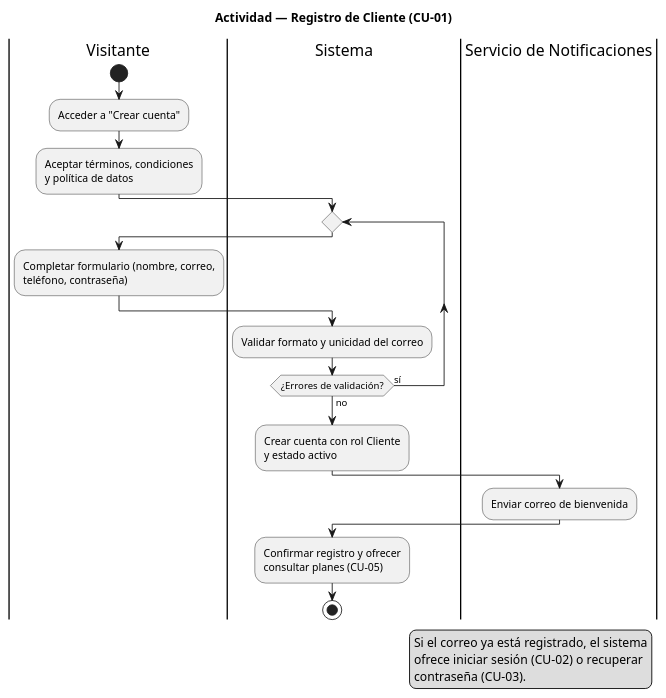
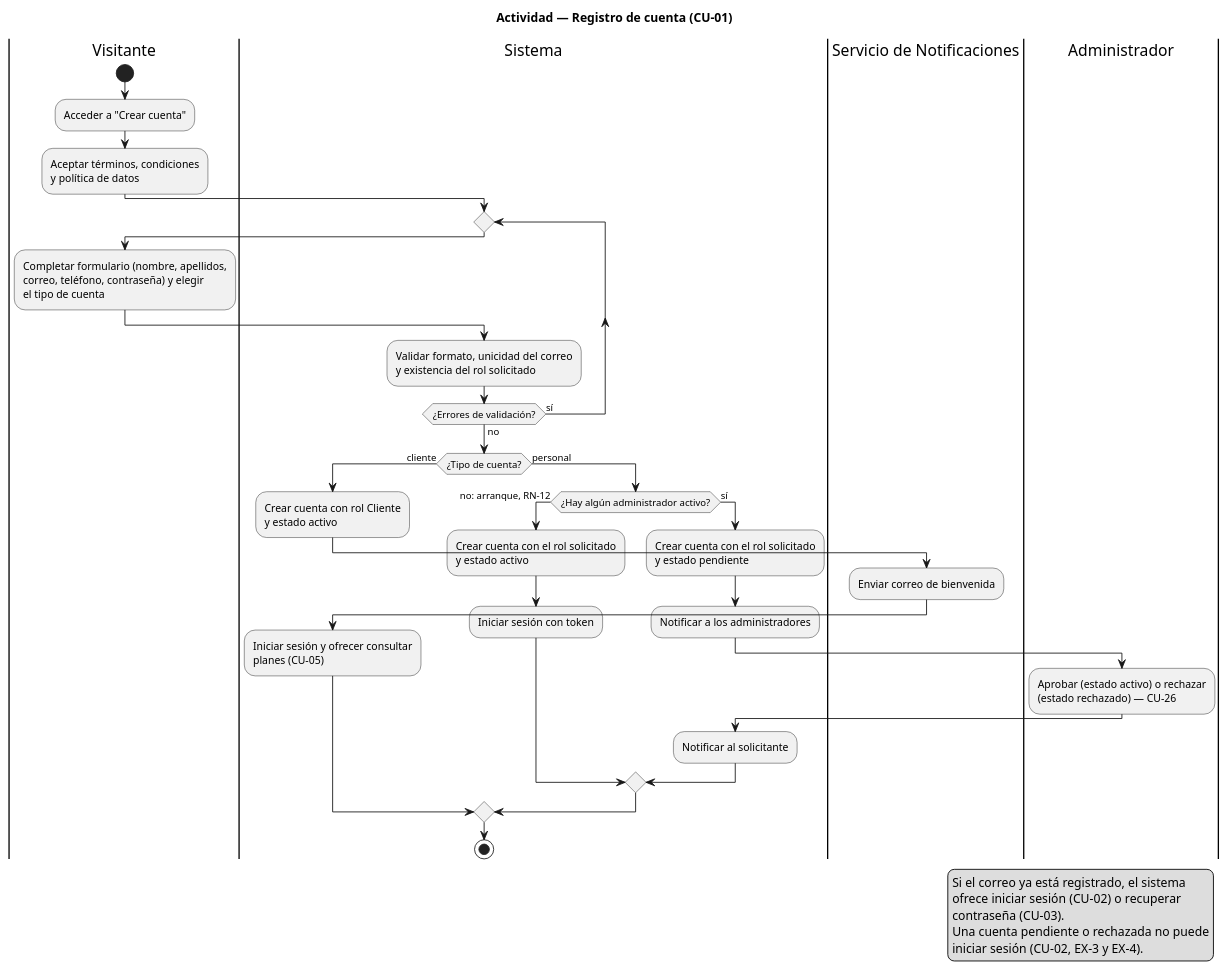
One commit to Natalia-acode/Plataforma-web-gestion-gimnasio changed the diagram in docs/actividades/act_01_registro_cliente.puml. Above: the diagram before and after it, drawn with PlantUML. The commit also changed 85 other files, not shown here.

```diff
--- a/docs/actividades/act_01_registro_cliente.puml
+++ b/docs/actividades/act_01_registro_cliente.puml
@@ -1,31 +1,46 @@
 @startuml ACT-01_Registro_de_Cliente
-title Actividad — Registro de Cliente (CU-01)
+title Actividad — Registro de cuenta (CU-01)
 
 |Visitante|
 start
 :Acceder a "Crear cuenta";
 :Aceptar términos, condiciones\ny política de datos;
 
 |Sistema|
 repeat
   |Visitante|
-  :Completar formulario (nombre, correo,\nteléfono, contraseña);
+  :Completar formulario (nombre, apellidos,\ncorreo, teléfono, contraseña) y elegir\nel tipo de cuenta;
   |Sistema|
-  :Validar formato y unicidad del correo;
+  :Validar formato, unicidad del correo\ny existencia del rol solicitado;
 repeat while (¿Errores de validación?) is (sí) not (no)
 
-:Crear cuenta con rol Cliente\ny estado activo;
-
-|Servicio de Notificaciones|
-:Enviar correo de bienvenida;
-
-|Sistema|
-:Confirmar registro y ofrecer\nconsultar planes (CU-05);
+if (¿Tipo de cuenta?) then (cliente)
+  :Crear cuenta con rol Cliente\ny estado activo;
+  |Servicio de Notificaciones|
+  :Enviar correo de bienvenida;
+  |Sistema|
+  :Iniciar sesión y ofrecer consultar\nplanes (CU-05);
+else (personal)
+  if (¿Hay algún administrador activo?) then (no: arranque, RN-12)
+    :Crear cuenta con el rol solicitado\ny estado activo;
+    |Sistema|
+    :Iniciar sesión con token;
+  else (sí)
+    :Crear cuenta con el rol solicitado\ny estado pendiente;
+    :Notificar a los administradores;
+    |Administrador|
+    :Aprobar (estado activo) o rechazar\n(estado rechazado) — CU-26;
+    |Sistema|
+    :Notificar al solicitante;
+  endif
+endif
 stop
 
 legend right
   Si el correo ya está registrado, el sistema
   ofrece iniciar sesión (CU-02) o recuperar
   contraseña (CU-03).
+  Una cuenta pendiente o rechazada no puede
+  iniciar sesión (CU-02, EX-3 y EX-4).
 endlegend
 @enduml
```
